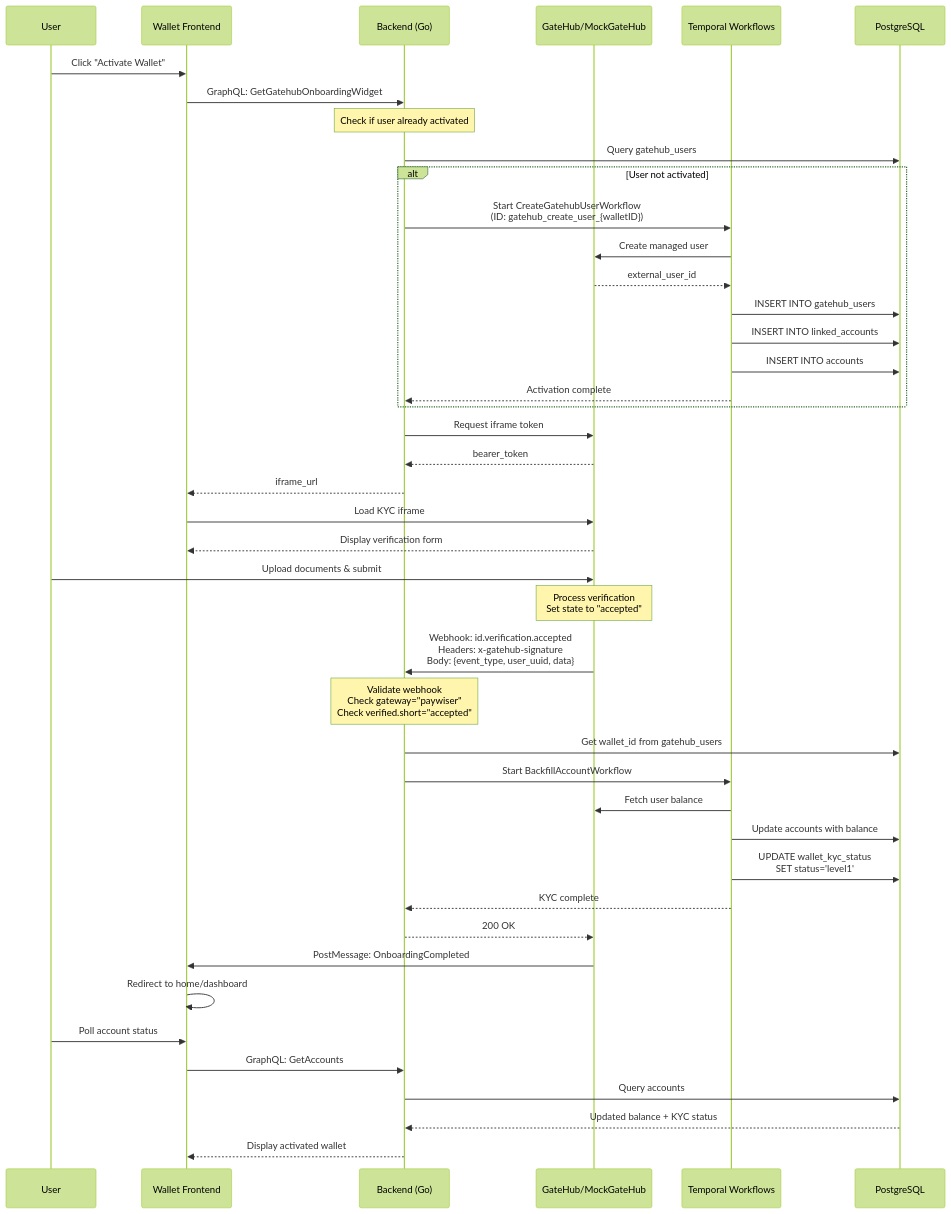
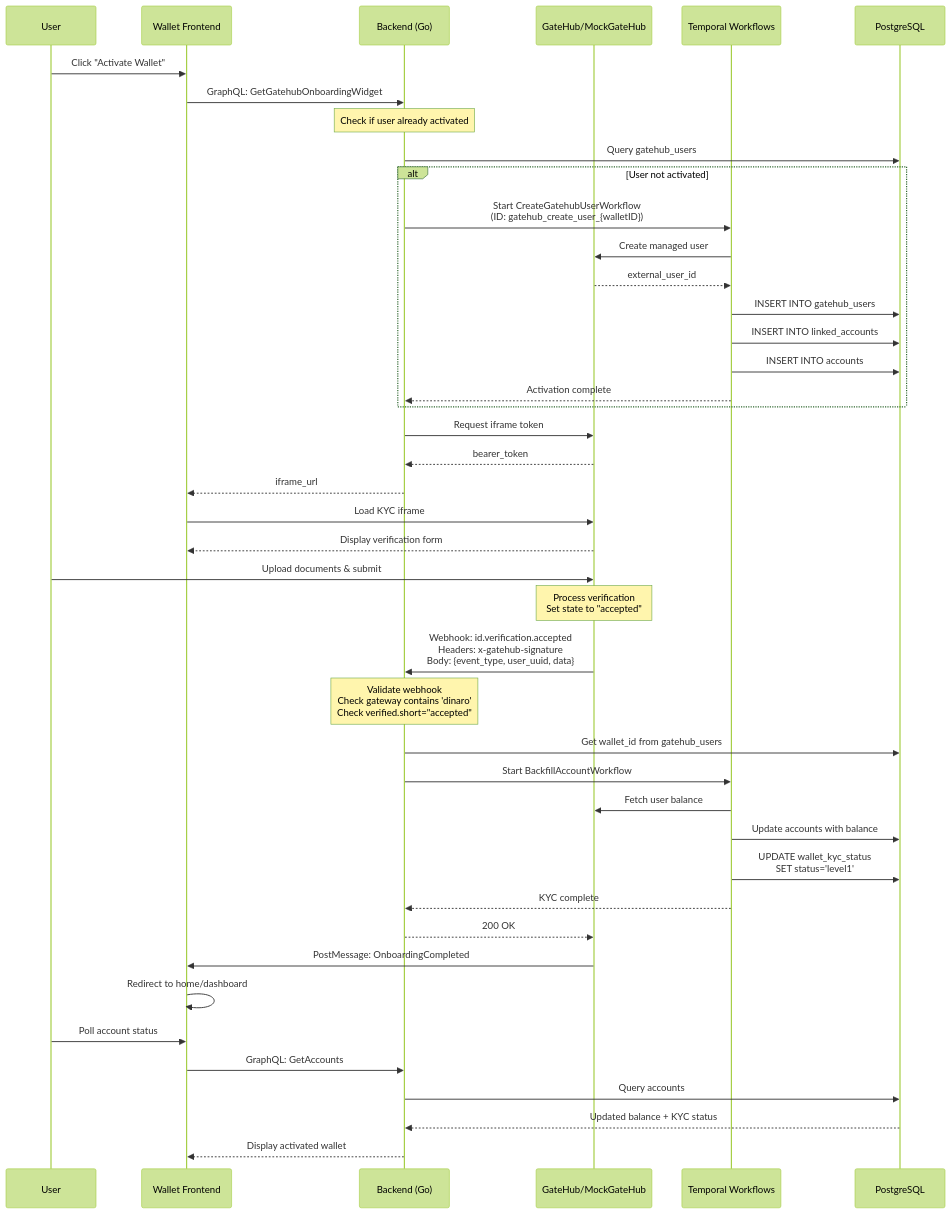
Before and after one commit to interledger/interledger-app: the first of 4 diagrams in go/mock/mockgatehub/docs/gatehub-kyc.md, drawn with Mermaid (forest theme). The commit also changed other lines of this file and 11 other files, not shown here.

First line of the commit message:
fix: accept Dinaro KYC GateHub webhook gateway (#761)

````diff
--- a/go/mock/mockgatehub/docs/gatehub-kyc.md
+++ b/go/mock/mockgatehub/docs/gatehub-kyc.md
@@ -95,58 +95,58 @@
 ```mermaid
 sequenceDiagram
     participant User
     participant UI as Wallet Frontend
     participant BE as Backend (Go)
     participant GH as GateHub/MockGateHub
     participant Temporal as Temporal Workflows
     participant DB as PostgreSQL
     
     User->>UI: Click "Activate Wallet"
     UI->>BE: GraphQL: GetGatehubOnboardingWidget
     
     Note over BE: Check if user already activated
     BE->>DB: Query gatehub_users
     
     alt User not activated
         BE->>Temporal: Start CreateGatehubUserWorkflow<br/>(ID: gatehub_create_user_{walletID})
         Temporal->>GH: Create managed user
         GH-->>Temporal: external_user_id
         Temporal->>DB: INSERT INTO gatehub_users
         Temporal->>DB: INSERT INTO linked_accounts
         Temporal->>DB: INSERT INTO accounts
         Temporal-->>BE: Activation complete
     end
     
     BE->>GH: Request iframe token
     GH-->>BE: bearer_token
     BE-->>UI: iframe_url
     
     UI->>GH: Load KYC iframe
     GH-->>UI: Display verification form
     
     User->>GH: Upload documents & submit
     Note over GH: Process verification<br/>Set state to "accepted"
     
     GH->>BE: Webhook: id.verification.accepted<br/>Headers: x-gatehub-signature<br/>Body: {event_type, user_uuid, data}
     
-    Note over BE: Validate webhook<br/>Check gateway="paywiser"<br/>Check verified.short="accepted"
+    Note over BE: Validate webhook<br/>Check gateway contains 'dinaro'<br/>Check verified.short="accepted"
     
     BE->>DB: Get wallet_id from gatehub_users
     
     BE->>Temporal: Start BackfillAccountWorkflow
     Temporal->>GH: Fetch user balance
     Temporal->>DB: Update accounts with balance
     Temporal->>DB: UPDATE wallet_kyc_status<br/>SET status='level1'
     Temporal-->>BE: KYC complete
     
     BE-->>GH: 200 OK
     
     GH->>UI: PostMessage: OnboardingCompleted
     UI->>UI: Redirect to home/dashboard
     
     User->>UI: Poll account status
     UI->>BE: GraphQL: GetAccounts
     BE->>DB: Query accounts
     DB-->>BE: Updated balance + KYC status
     BE-->>UI: Display activated wallet
 ```
````
